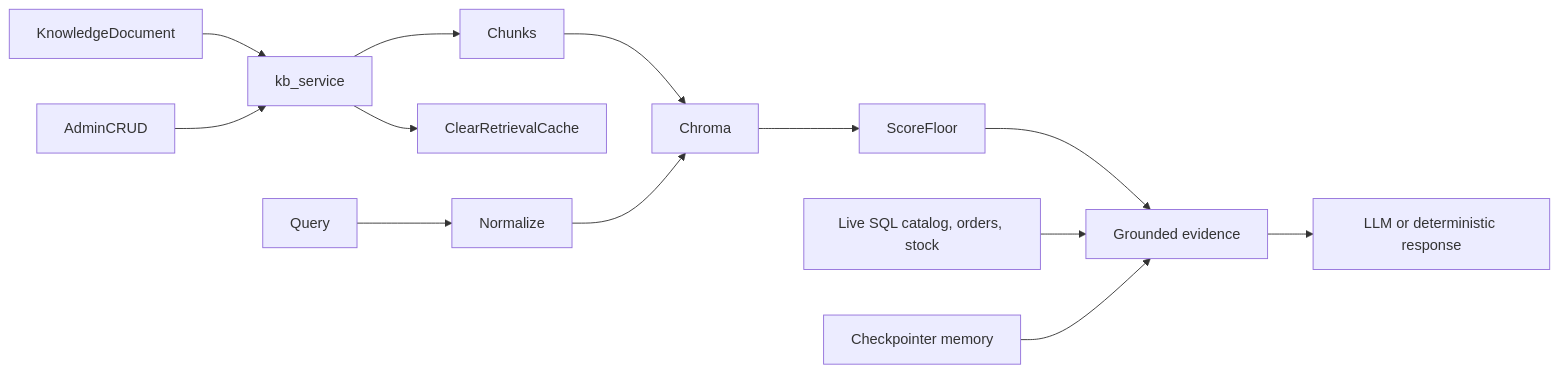
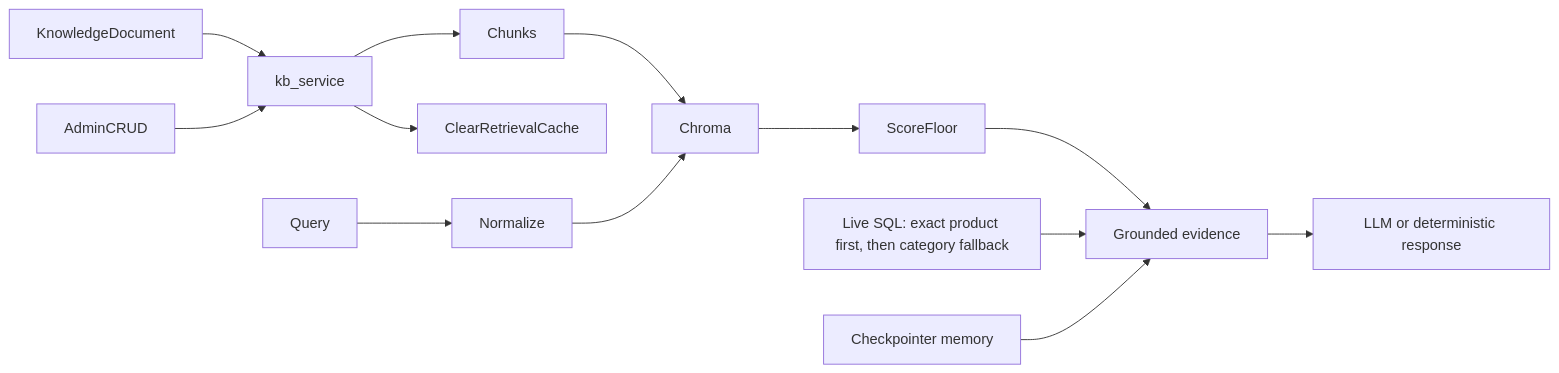
One commit to RowanFayez/ShifaPharmacy_AISales_CustomerServiceAgent changed the diagram in docs/diagrams/rag.mmd. Above: the diagram before and after it, drawn with Mermaid. The commit also changed 4 other files, not shown here.

```diff
--- a/docs/diagrams/rag.mmd
+++ b/docs/diagrams/rag.mmd
@@ -1,8 +1,8 @@
 flowchart LR
   KnowledgeDocument --> KBService[kb_service] --> Chunks --> Chroma
   AdminCRUD --> KBService
   Query --> Normalize --> Chroma --> ScoreFloor --> Evidence[Grounded evidence]
-  SQL[Live SQL catalog, orders, stock] --> Evidence
+  SQL[Live SQL: exact product first, then category fallback] --> Evidence
   Conversation[Checkpointer memory] --> Evidence
   Evidence --> Agent[LLM or deterministic response]
   KBService --> ClearRetrievalCache
```
